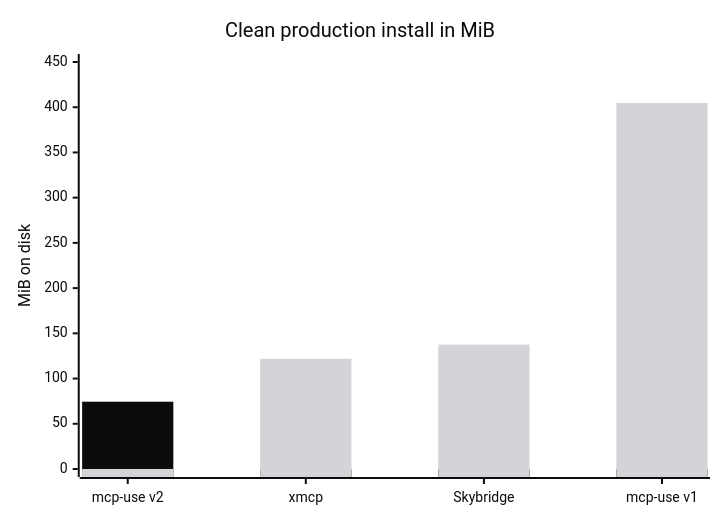
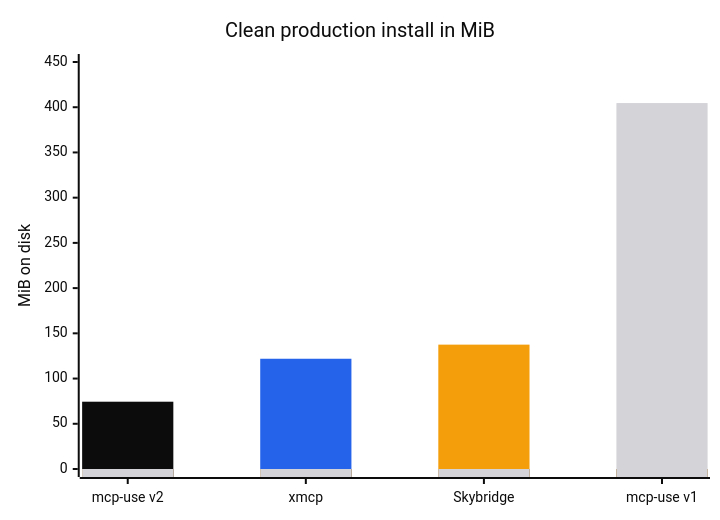
One commit to mcp-use/mcp-use changed the diagram in README.md. Above: the diagram before and after it, drawn with Mermaid. The commit also changed other lines of this file and 2 other files, not shown here.

Commit message:
docs: refine TypeScript benchmark comparison

````diff
--- a/README.md
+++ b/README.md
@@ -248,24 +250,26 @@
 ```mermaid
 ---
 config:
   themeVariables:
     xyChart:
       backgroundColor: "#ffffff"
       titleColor: "#0c0c0c"
       xAxisLabelColor: "#0c0c0c"
       xAxisTitleColor: "#0c0c0c"
       xAxisTickColor: "#0c0c0c"
       xAxisLineColor: "#0c0c0c"
       yAxisLabelColor: "#0c0c0c"
       yAxisTitleColor: "#0c0c0c"
       yAxisTickColor: "#0c0c0c"
       yAxisLineColor: "#0c0c0c"
-      plotColorPalette: "#0c0c0c, #d4d4d8"
+      plotColorPalette: "#0c0c0c, #2563eb, #f59e0b, #d4d4d8"
 ---
 xychart
   title "Clean production install in MiB"
   x-axis ["mcp-use v2", "xmcp", "Skybridge", "mcp-use v1"]
   y-axis "MiB on disk" 0 --> 450
   bar [74.4, 0, 0, 0]
-  bar [0, 121.9, 137.5, 404.6]
+  bar [0, 121.9, 0, 0]
+  bar [0, 0, 137.5, 0]
+  bar [0, 0, 0, 404.6]
 ```
````
